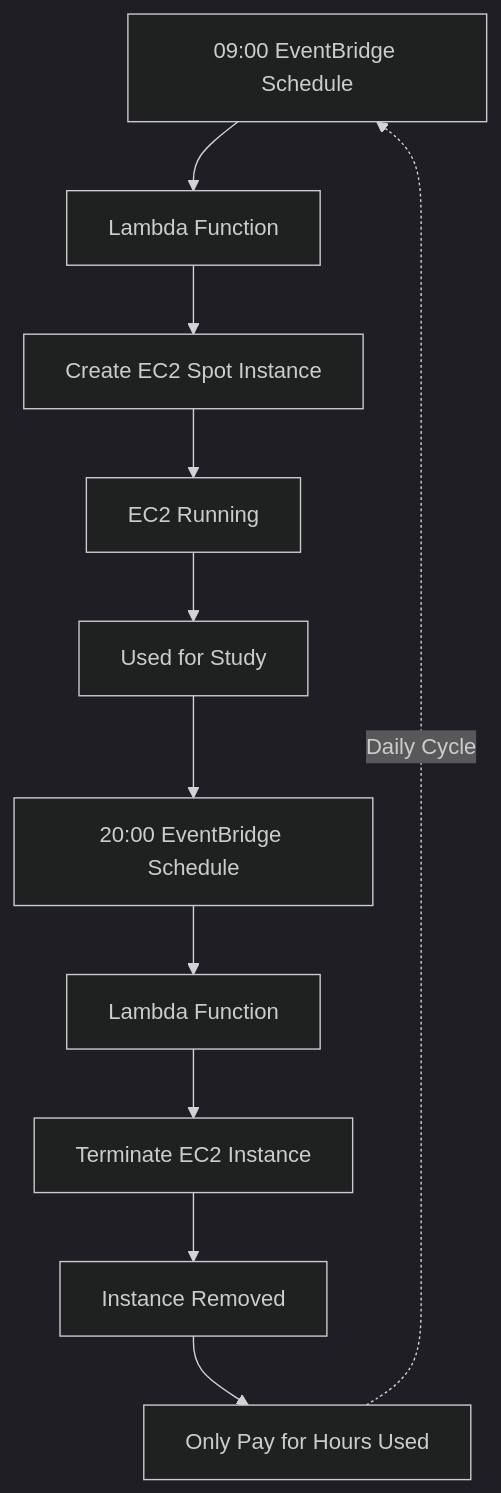
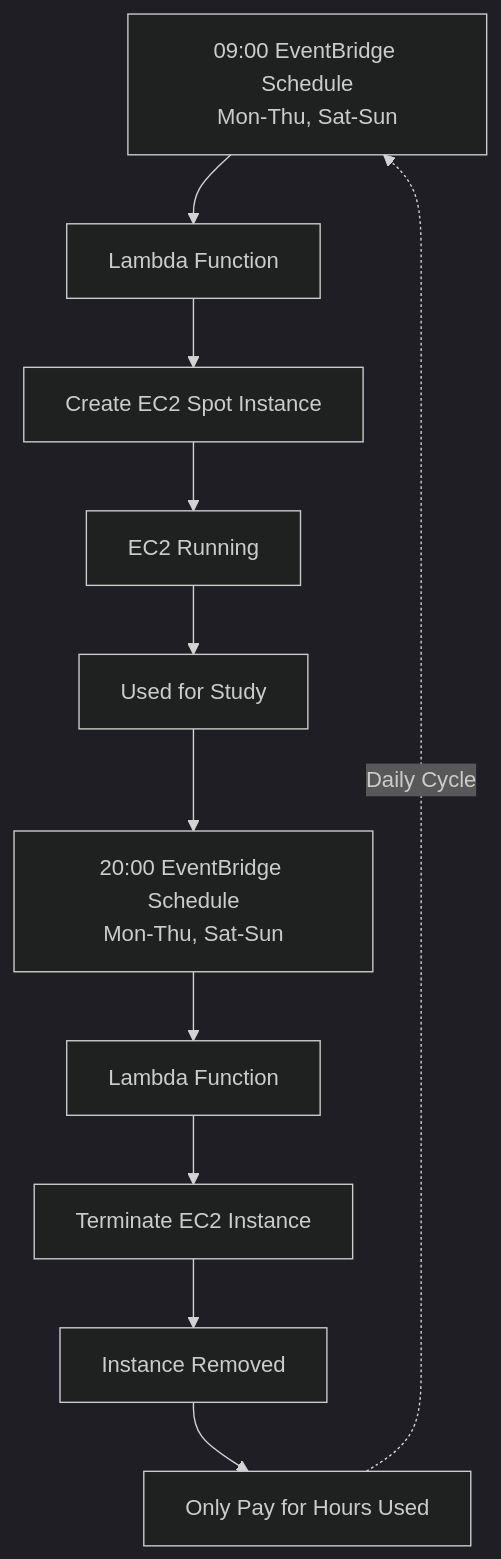
The diagram in CPE/01/README.md (uhanku/aws-lab), drawn with Mermaid (dark theme) before and after one commit. The commit also changed 1 other file, not shown here.

Commit message:
tweak cron timing

````diff
--- a/CPE/01/README.md
+++ b/CPE/01/README.md
@@ -27,17 +27,17 @@
 ```mermaid
 flowchart TD
-    A[09:00 EventBridge Schedule] --> B[Lambda Function]
+    A[09:00 EventBridge Schedule<br/>Mon-Thu, Sat-Sun] --> B[Lambda Function]
     B --> C[Create EC2 Spot Instance]
 
     C --> D[EC2 Running]
     D --> E[Used for Study]
 
-    E --> F[20:00 EventBridge Schedule]
+    E --> F[20:00 EventBridge Schedule<br/>Mon-Thu, Sat-Sun]
     F --> G[Lambda Function]
     G --> H[Terminate EC2 Instance]
 
     H --> I[Instance Removed]
     I --> J[Only Pay for Hours Used]
 
     J -. Daily Cycle .-> A
 ```
````
